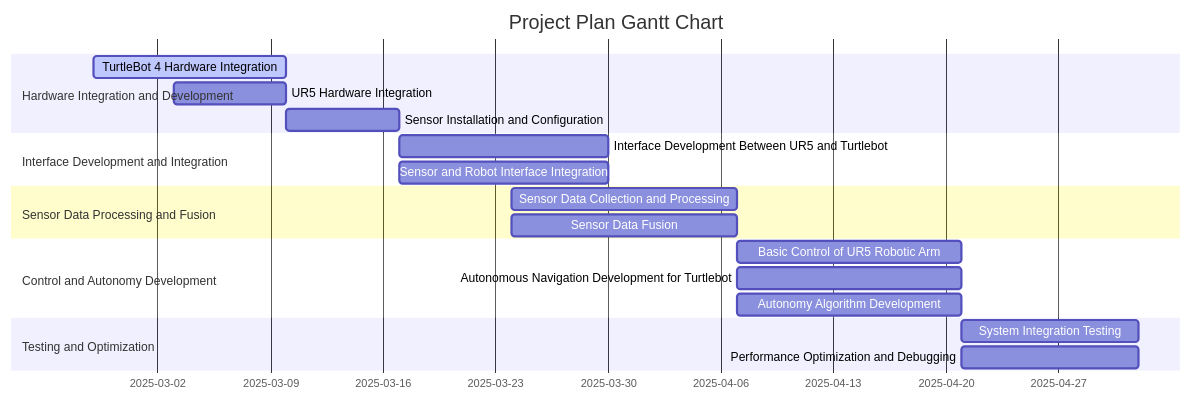
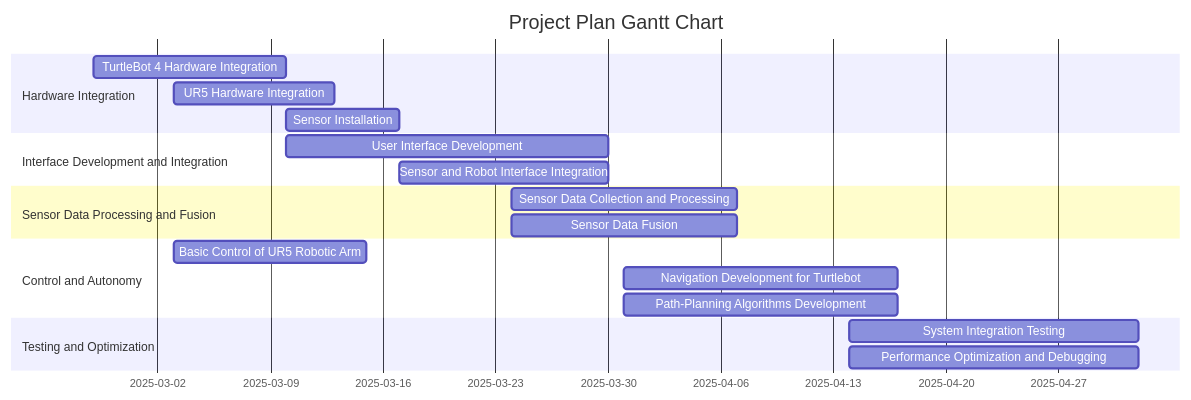
One commit to RAS598-2025-S-Team12/RAS598-2025-S-Team12.github.io changed the diagram in docs/timeline.md. Above: the diagram before and after it, drawn with Mermaid. The commit also changed 1 other file, not shown here.

Commit message:
timeline

````diff
--- a/docs/timeline.md
+++ b/docs/timeline.md
@@ -6,31 +6,32 @@
 ``` mermaid
 
 gantt
     title Project Plan Gantt Chart
     dateFormat  YYYY-MM-DD
 
-    section Hardware Integration and Development
-    TurtleBot 4 Hardware Integration           :active, task2_1, 2025-02-26, 2025-03-10
-    UR5 Hardware Integration     :task2_2, 2025-03-03, 2025-03-10
-    Sensor Installation and Configuration          :task2_3, 2025-03-10, 2025-03-17
+    section Hardware Integration
+    TurtleBot 4 Hardware Integration               :task2_1, 2025-02-26, 2025-03-10
+    UR5 Hardware Integration                       :task2_2, 2025-03-03, 2025-03-13
+    Sensor Installation          :task2_3, 2025-03-10, 2025-03-17
 
     section Interface Development and Integration
-    Interface Development Between UR5 and Turtlebot :task3_1, 2025-03-17, 2025-03-30
-    Sensor and Robot Interface Integration          :task3_2, 2025-03-17, 2025-03-30
+    User Interface Development:task3_1, 2025-03-10, 2025-03-30
+    Sensor and Robot Interface Integration :task3_2, 2025-03-17, 2025-03-30
 
     section Sensor Data Processing and Fusion
     Sensor Data Collection and Processing           :task4_1, 2025-03-24, 2025-04-07
     Sensor Data Fusion                              :task4_2, 2025-03-24, 2025-04-07
 
-    section Control and Autonomy Development
-    Basic Control of UR5 Robotic Arm               :task5_1, 2025-04-07, 2025-04-21
-    Autonomous Navigation Development for Turtlebot :task5_2, 2025-04-07, 2025-04-21
-    Autonomy Algorithm Development                 :task5_3, 2025-04-07, 2025-04-21
+    section Control and Autonomy 
+    Basic Control of UR5 Robotic Arm                    :task5_1, 2025-03-03, 2025-03-15
+    Navigation Development for Turtlebot                :task5_2, 2025-03-31, 2025-04-17
+    Path-Planning Algorithms Development                :task5_3, 2025-03-31, 2025-04-17
+    
 
     section Testing and Optimization
-    System Integration Testing                     :task6_1, 2025-04-21, 2025-05-02
-    Performance Optimization and Debugging         :task6_2, 2025-04-21, 2025-05-02
+    System Integration Testing                     :task6_1, 2025-04-14, 2025-05-02
+    Performance Optimization and Debugging         :task6_2, 2025-04-14, 2025-05-02
 
 
 
 ```
````
